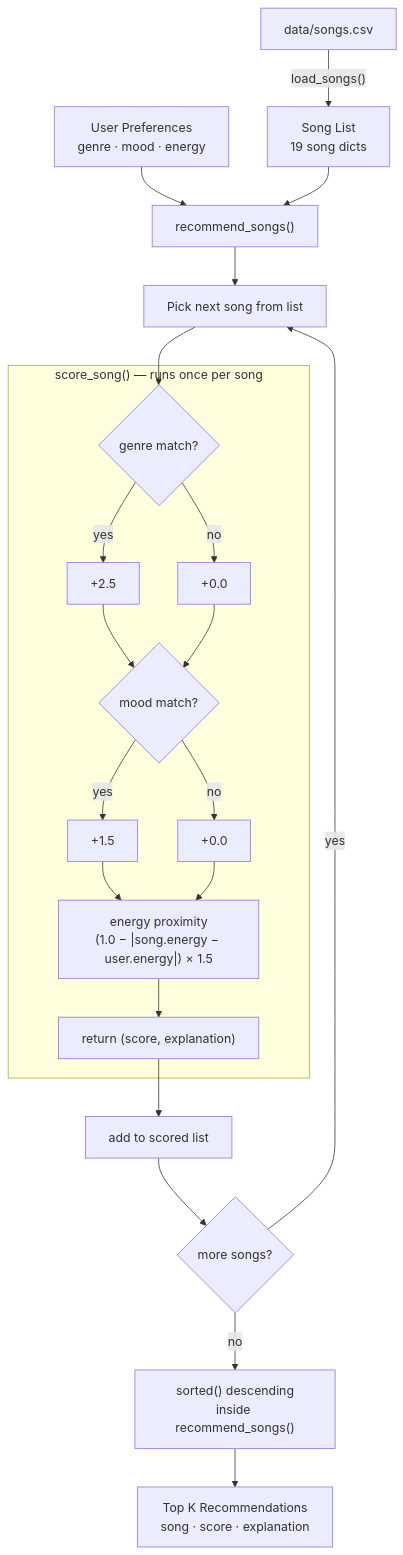
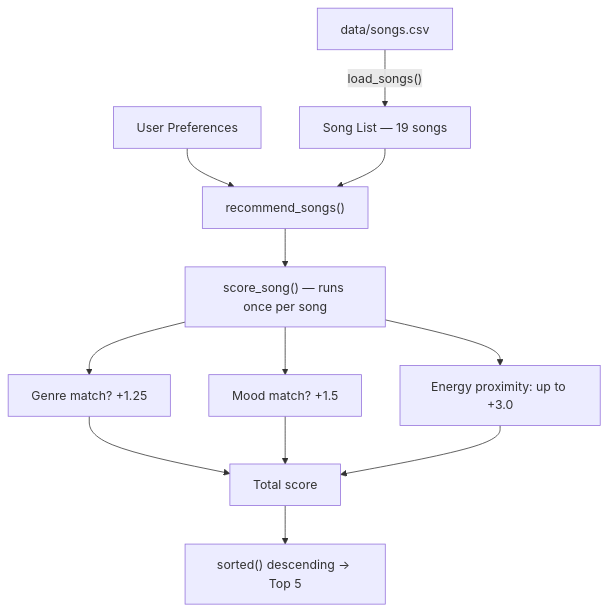
The diagram in README.md (DmanDSR/music_recommender_v2.86), drawn with Mermaid before and after one commit. The commit also changed other lines of this file and 1090 other files, not shown here.

````diff
--- a/README.md
+++ b/README.md
@@ -75,26 +48,13 @@
 ```mermaid
 flowchart TD
-    A["data/songs.csv"] -->|"load_songs()"| B["Song List\n19 song dicts"]
-    C["User Preferences\ngenre · mood · energy"] --> D["recommend_songs()"]
+    A["data/songs.csv"] -->|"load_songs()"| B["Song List — 19 songs"]
+    C["User Preferences"] --> D["recommend_songs()"]
     B --> D
 
-    D --> E["Pick next song from list"]
-
-    subgraph LOOP["score_song() — runs once per song"]
-        F{"genre match?"}
-        F -->|"yes"| G["+2.5"]
-        F -->|"no"| H["+0.0"]
-        G & H --> I{"mood match?"}
-        I -->|"yes"| J["+1.5"]
-        I -->|"no"| K["+0.0"]
-        J & K --> L["energy proximity\n(1.0 − |song.energy − user.energy|) × 1.5"]
-        L --> M["return (score, explanation)"]
-    end
-
-    E --> F
-    M --> N["add to scored list"]
-    N --> O{"more songs?"}
-    O -->|"yes"| E
-    O -->|"no"| P["sorted() descending\ninside recommend_songs()"]
-    P --> Q["Top K Recommendations\nsong · score · explanation"]
+    D --> E["score_song() — runs once per song"]
+    E --> F["Genre match? +1.25"]
+    E --> G["Mood match? +1.5"]
+    E --> H["Energy proximity: up to +3.0"]
+    F & G & H --> I["Total score"]
+    I --> J["sorted() descending → Top 5"]
 ```
````
